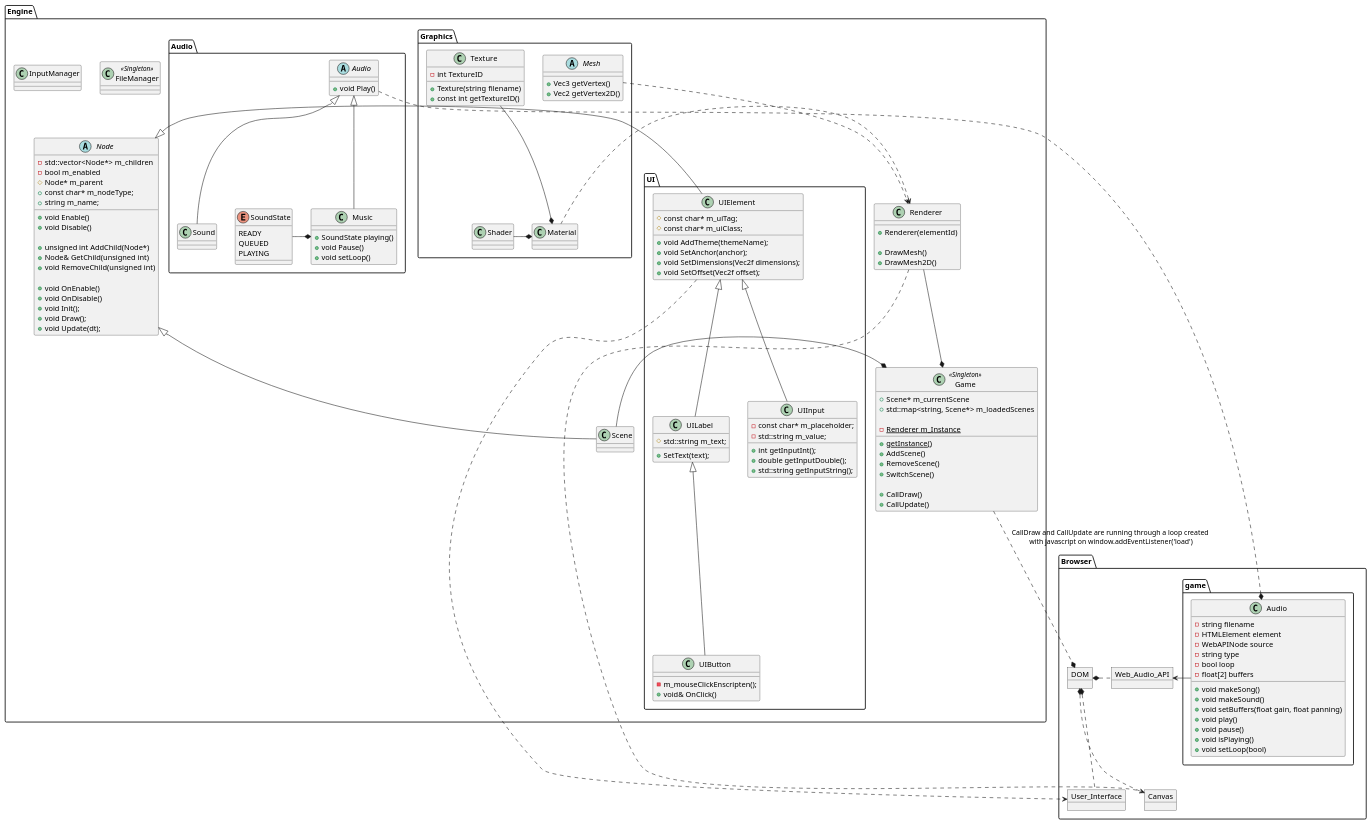
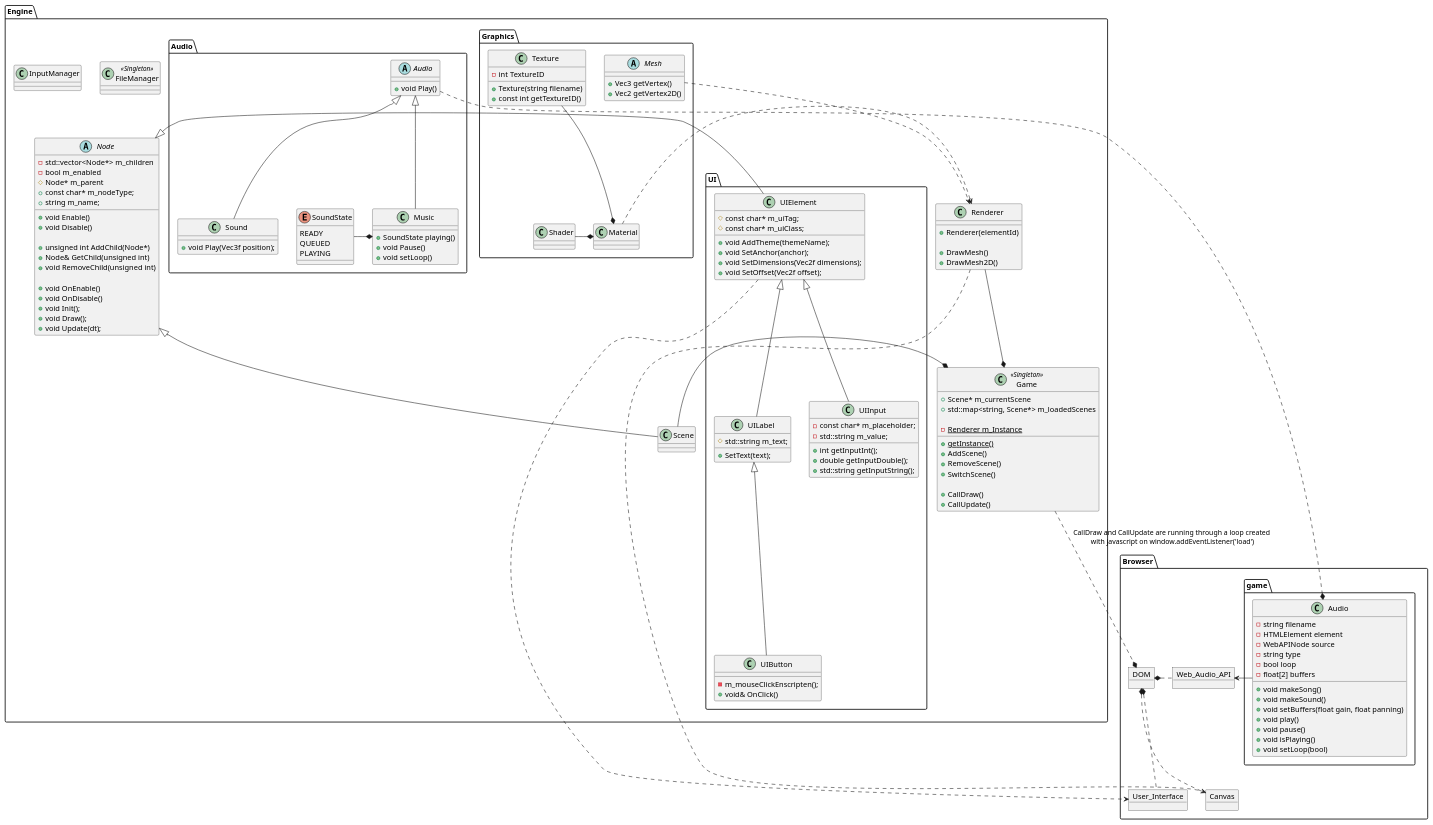
Before and after one commit to MesaGuildeTeam/Carpenter-Engine: the diagram in docs/architecture.puml, drawn with PlantUML.

Commit message:
docs: expanded architecture UML diagram

```diff
--- a/docs/architecture.puml
+++ b/docs/architecture.puml
@@ -1,182 +1,182 @@
 @startuml EngineArchitecture
 
 namespace Engine {
   class Renderer {
     + {method} Renderer(elementId)
     
     + {method} DrawMesh()
     + {method} DrawMesh2D()
   }
 
   class FileManager <<Singleton>> {
     
   }
 
   class Game <<Singleton>> {
     + Scene* m_currentScene
     + std::map<string, Scene*> m_loadedScenes
 
     - {static} Renderer m_Instance
     + {static} {method} getInstance()
 
     
     + {method} AddScene()
     + {method} RemoveScene()
     + {method} SwitchScene()
 
     + {method} CallDraw()
     + {method} CallUpdate()
   }
   
   abstract Node {
     - std::vector<Node*> m_children
     - bool m_enabled
     # Node* m_parent
     + const char* m_nodeType;
     + string m_name;
 
     + {method} void Enable()
     + {method} void Disable()
 
     + {method} unsigned int AddChild(Node*)
     + {method} Node& GetChild(unsigned int)
     + {method} void RemoveChild(unsigned int)
 
     + {method} void OnEnable()
     + {method} void OnDisable()
     + {method} void Init();
     + {method} void Draw();
     + {method} void Update(dt);
   }
 
   class Scene extends Node
 
   class InputManager {
 
   }
 
   Scene -* Game
   Renderer --* Game
 
   namespace UI {
     class UIElement {
       # const char* m_uiTag;
       # const char* m_uiClass;
 
       + {method} void AddTheme(themeName);
       + {method} void SetAnchor(anchor);
       + {method} void SetDimensions(Vec2f dimensions);
       + {method} void SetOffset(Vec2f offset);
     }
 
     class UILabel extends UIElement {
       # std::string m_text;
 
       + {method} SetText(text);
     }
 
     class UIButton extends UILabel {
       - {method} m_mouseClickEnscripten();
       + void& OnClick()
     }
 
     class UIInput extends UIElement {
       - const char* m_placeholder;
       - std::string m_value;
 
       + {method} int getInputInt();
       + {method} double getInputDouble();
       + {method} std::string getInputString();
     }
   }
 
   UI.UIElement -|> Node
 
   namespace Graphics {
     abstract Mesh {
       + {method} Vec3 getVertex()
       + {method} Vec2 getVertex2D()
     }
 
     class Texture {
       - int TextureID
       + {method} Texture(string filename)
       + {method} const int getTextureID()
     }
 
     class Shader {
 
     }
 
     class Material {
 
     }
 
     Texture --* Material    
     Shader -* Material
   }
 
   namespace Audio {
     enum SoundState {
       READY
       QUEUED
       PLAYING
     }
 
     abstract Audio {
       + void Play()
     }
 
     class Sound extends Audio {
-      
+      + void Play(Vec3f position);
     }
 
     class Music extends Audio {
       + SoundState playing()
       + void Pause()
       + void setLoop()
     }
 
     SoundState -* Music
   }
 
   Graphics.Material .> Renderer 
   Graphics.Mesh .> Renderer 
 }
 
 namespace Browser {
   Object Canvas
   Object User_Interface
   Object DOM
   Object Web_Audio_API
 
   class game.Audio {
     - string filename
     - HTMLElement element
     - WebAPINode source
     - string type
     - bool loop
     - float[2] buffers
 
     + {method} void makeSong()
     + {method} void makeSound()
     + {method} void setBuffers(float gain, float panning)
     + {method} void play()
     + {method} void pause()
     + {method} void isPlaying()
     + {method} void setLoop(bool)
   }
 
   DOM *.. User_Interface
   DOM *.. Canvas
   DOM *. Web_Audio_API
 
   game.Audio -> Web_Audio_API
 }
 
 Engine.Renderer .> Browser.Canvas
 Engine.Game ..* Browser.DOM : "CallDraw and CallUpdate are running through a loop created \nwith javascript on window.addEventListener('load')"
 Engine.UI.UIElement ..> Browser.User_Interface
 Engine.Audio.Audio ..* Browser.game.Audio
 
 @enduml
```
